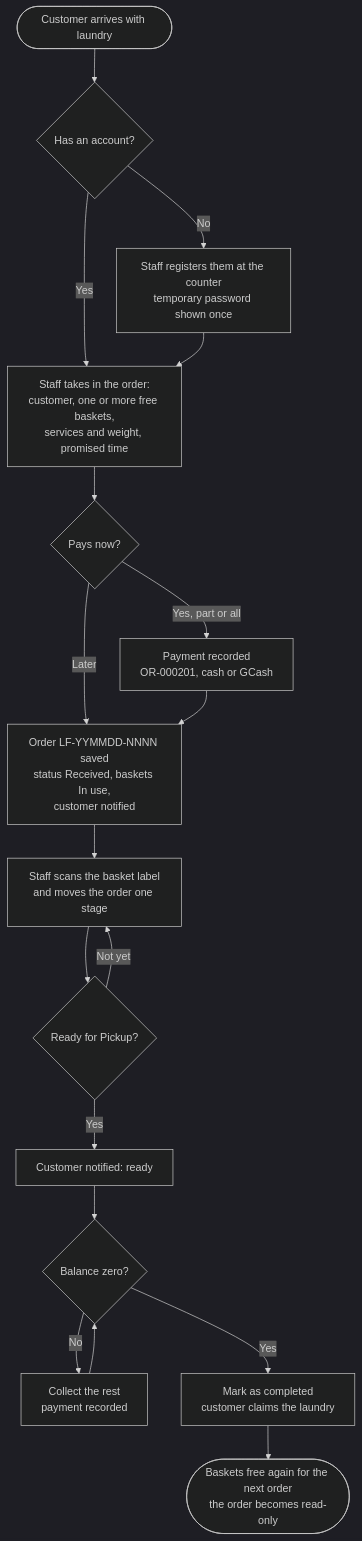
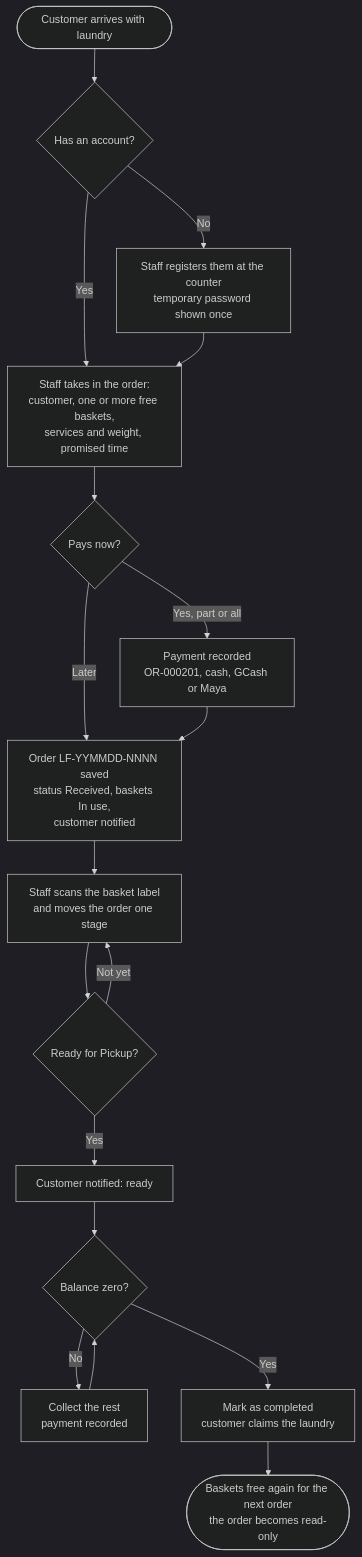
Before and after one commit to RalphEgina0219/ralphegina__3F-1_Project: the first of 3 diagrams in docs/SYSTEM_OVERVIEW.md, drawn with Mermaid (dark theme). The commit also changed other lines of this file and 46 other files, not shown here.

Commit message:
Docs: ERD, API inventory, system overview, release notes, Scribe and Postman; contract specs for wash types

````diff
--- a/docs/SYSTEM_OVERVIEW.md
+++ b/docs/SYSTEM_OVERVIEW.md
@@ -36,19 +36,19 @@
 ```mermaid
 flowchart TD
     A([Customer arrives with laundry]) --> B{Has an account?}
     B -- No --> C[Staff registers them at the counter<br/>temporary password shown once]
     B -- Yes --> D
     C --> D[Staff takes in the order:<br/>customer, one or more free baskets,<br/>services and weight, promised time]
     D --> E{Pays now?}
-    E -- Yes, part or all --> F[Payment recorded<br/>OR-000201, cash or GCash]
+    E -- Yes, part or all --> F[Payment recorded<br/>OR-000201, cash, GCash or Maya]
     E -- Later --> G
     F --> G[Order LF-YYMMDD-NNNN saved<br/>status Received, baskets In use,<br/>customer notified]
     G --> H[Staff scans the basket label<br/>and moves the order one stage]
     H --> I{Ready for Pickup?}
     I -- Not yet --> H
     I -- Yes --> J[Customer notified: ready]
     J --> K{Balance zero?}
     K -- No --> L[Collect the rest<br/>payment recorded] --> K
     K -- Yes --> M[Mark as completed<br/>customer claims the laundry]
     M --> N([Baskets free again for the next order<br/>the order becomes read-only])
 ```
````
